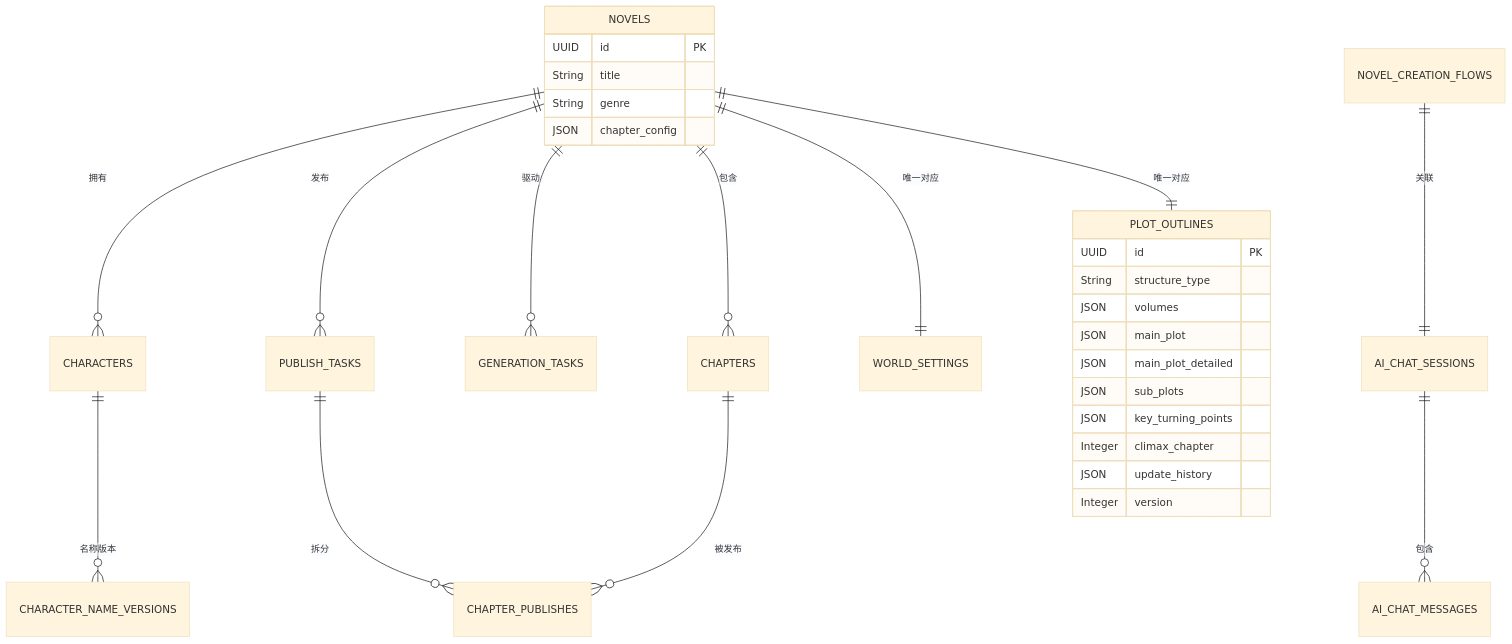
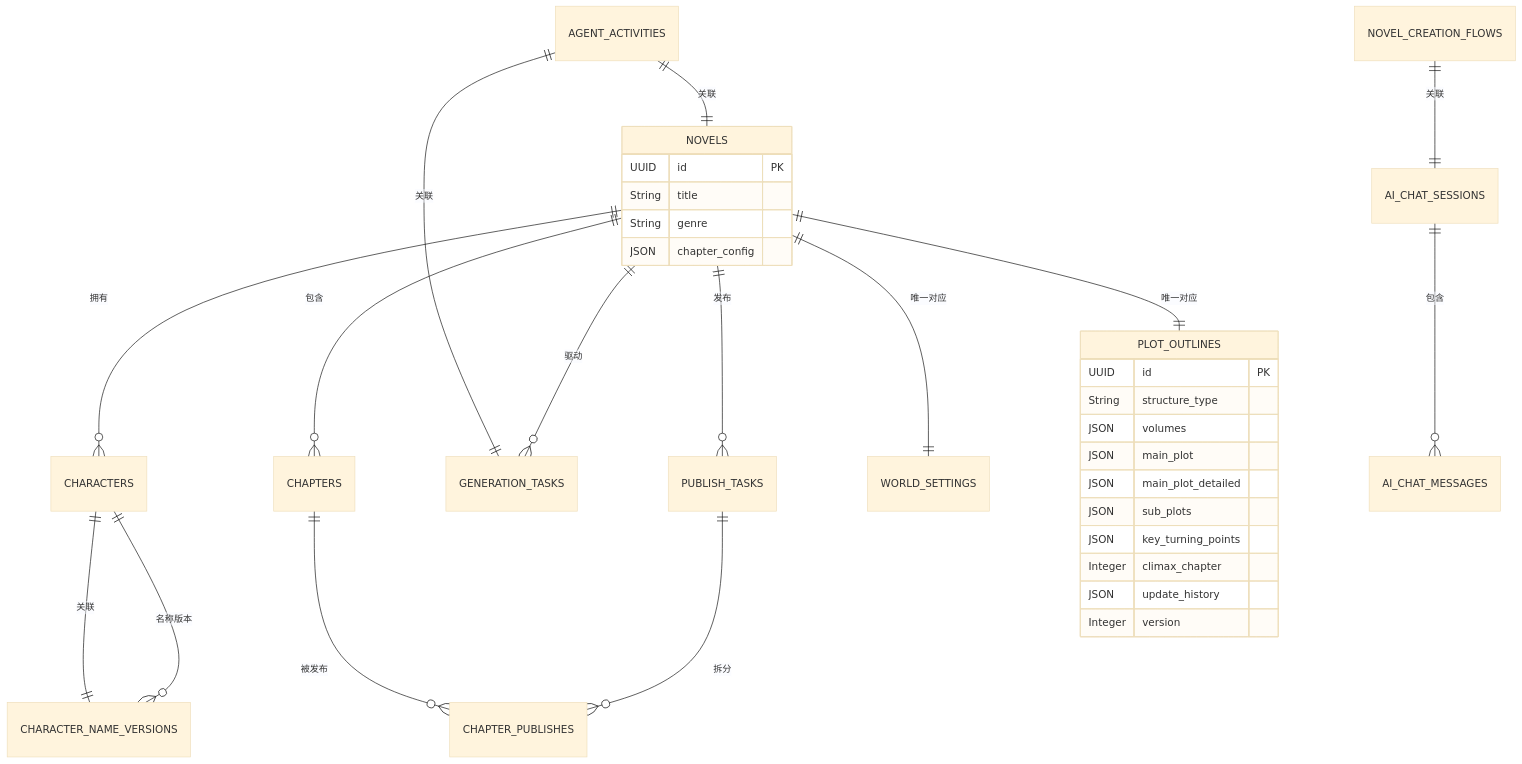
One commit to xfbyxq/ai-novel-system changed the sixth of 15 diagrams in .qoder/repowiki/zh/content/后端架构/数据库设计.md. Above: the diagram before and after it, drawn with Mermaid (base theme). The commit also changed other lines of this file and 11 other files, not shown here.

````diff
--- a/.qoder/repowiki/zh/content/后端架构/数据库设计.md
+++ b/.qoder/repowiki/zh/content/后端架构/数据库设计.md
@@ -394,32 +425,35 @@
 ```mermaid
 erDiagram
 NOVELS ||--o{ CHARACTERS : "拥有"
 NOVELS ||--o{ CHAPTERS : "包含"
 NOVELS ||--o{ GENERATION_TASKS : "驱动"
 NOVELS ||--o{ PUBLISH_TASKS : "发布"
 NOVELS ||--|| WORLD_SETTINGS : "唯一对应"
 NOVELS ||--|| PLOT_OUTLINES : "唯一对应"
 PUBLISH_TASKS ||--o{ CHAPTER_PUBLISHES : "拆分"
 CHAPTERS ||--o{ CHAPTER_PUBLISHES : "被发布"
 AI_CHAT_SESSIONS ||--o{ AI_CHAT_MESSAGES : "包含"
 NOVEL_CREATION_FLOWS ||--|| AI_CHAT_SESSIONS : "关联"
 CHARACTERS ||--o{ CHARACTER_NAME_VERSIONS : "名称版本"
+CHARACTER_NAME_VERSIONS ||--|| CHARACTERS : "关联"
+AGENT_ACTIVITIES ||--|| NOVELS : "关联"
+AGENT_ACTIVITIES ||--|| GENERATION_TASKS : "关联"
 PLOT_OUTLINES {
 UUID id PK
 String structure_type
 JSON volumes
 JSON main_plot
 JSON main_plot_detailed
 JSON sub_plots
 JSON key_turning_points
 Integer climax_chapter
 JSON update_history
 Integer version
 }
 NOVELS {
 UUID id PK
 String title
 String genre
 JSON chapter_config
 }
 ```
````
